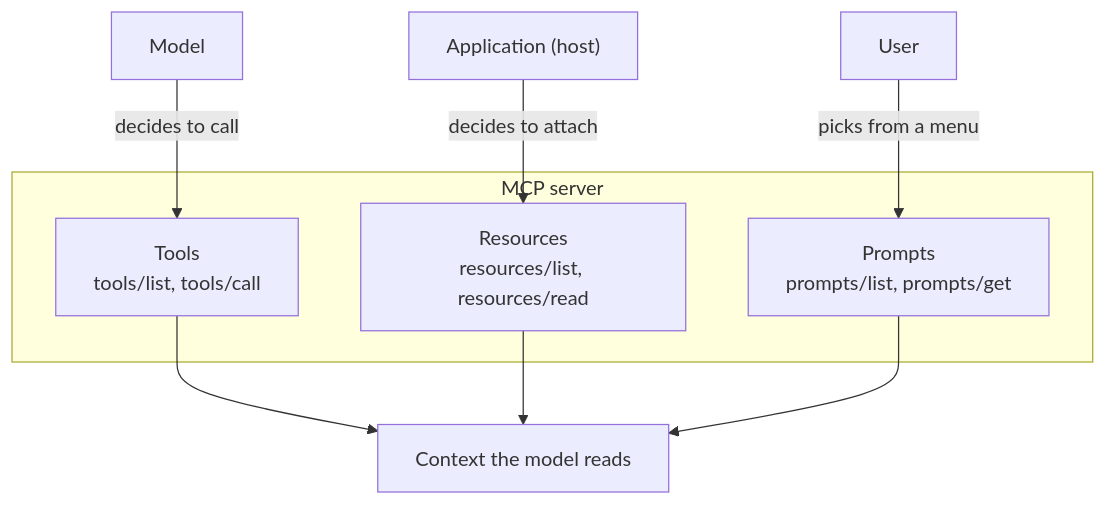
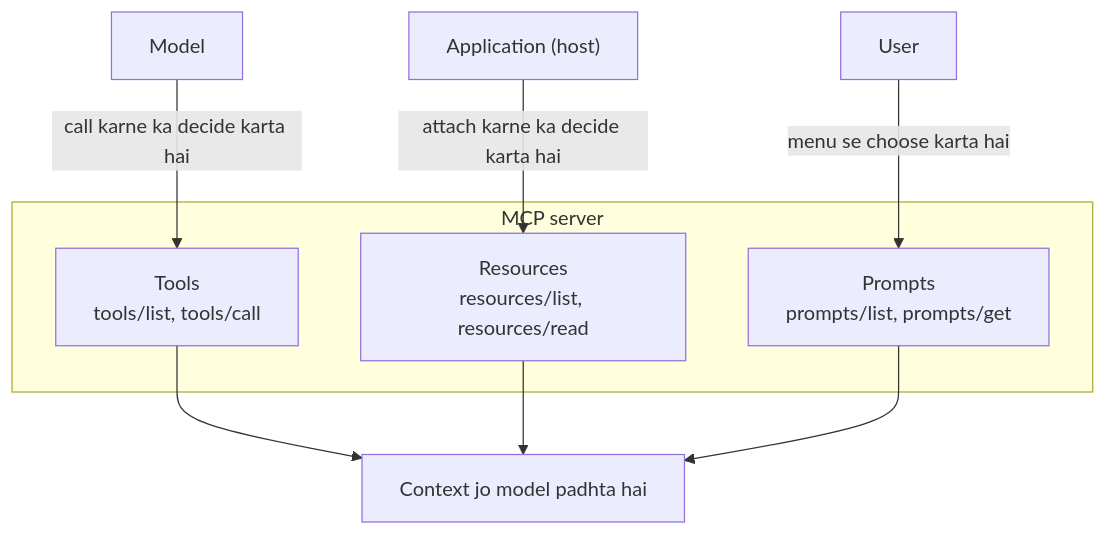
Before and after one commit to asmustechno/agentic-ai-notes: the diagram in docs/04-model-context-protocol/04.3-tools-resources-and-prompts.md, drawn with Mermaid. The commit also changed other lines of this file and 135 other files, not shown here.

````diff
--- a/docs/04-model-context-protocol/04.3-tools-resources-and-prompts.md
+++ b/docs/04-model-context-protocol/04.3-tools-resources-and-prompts.md
@@ -48,14 +48,14 @@
 ```mermaid
 flowchart TB
     subgraph Server["MCP server"]
         T["Tools<br/>tools/list, tools/call"]
         R["Resources<br/>resources/list, resources/read"]
         P["Prompts<br/>prompts/list, prompts/get"]
     end
-    M["Model"] -->|"decides to call"| T
-    A["Application (host)"] -->|"decides to attach"| R
-    U["User"] -->|"picks from a menu"| P
-    T --> CTX["Context the model reads"]
+    M["Model"] -->|"call karne ka decide karta hai"| T
+    A["Application (host)"] -->|"attach karne ka decide karta hai"| R
+    U["User"] -->|"menu se choose karta hai"| P
+    T --> CTX["Context jo model padhta hai"]
     R --> CTX
     P --> CTX
 ```
````
